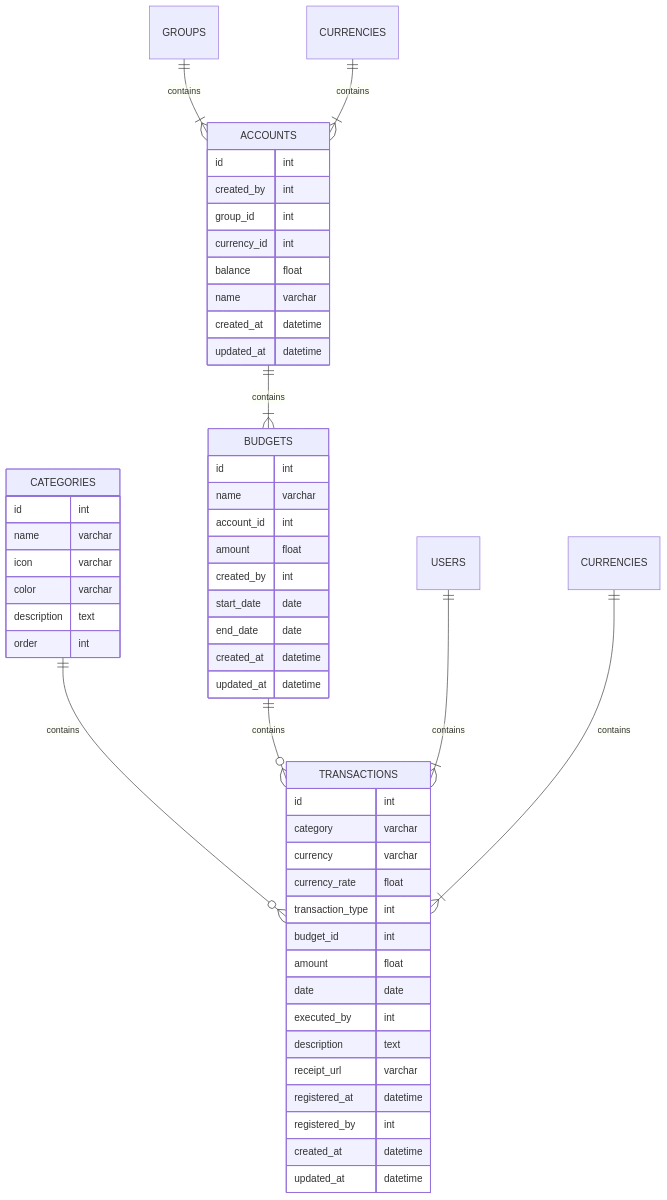
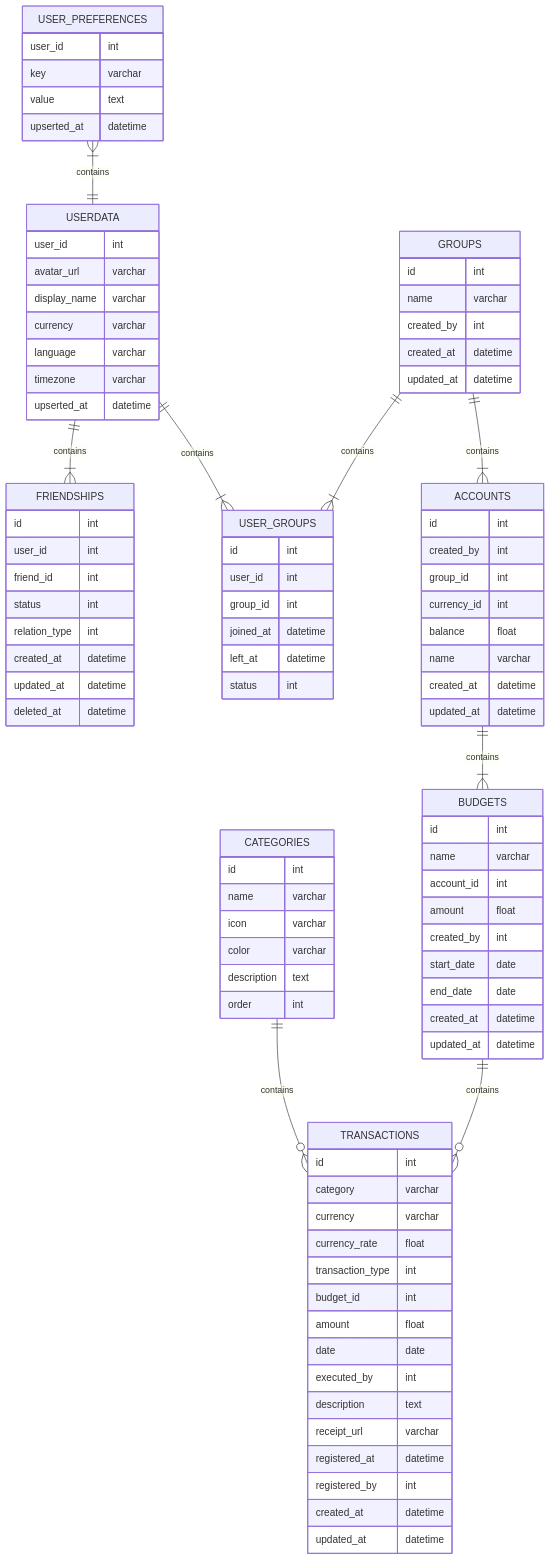
The second of 4 diagrams in docs/SCHEMA.md (prulloac/fineasy), drawn with Mermaid before and after one commit. The commit also changed 67 other files, not shown here.

````diff
--- a/docs/SCHEMA.md
+++ b/docs/SCHEMA.md
@@ -137,6 +95,34 @@
 ```mermaid
 
 erDiagram
+    FRIENDSHIPS {
+        id int
+        user_id int
+        friend_id int
+        status int
+        relation_type int
+        created_at datetime
+        updated_at datetime
+        deleted_at datetime
+    }
+
+    GROUPS {
+        id int
+        name varchar
+        created_by int
+        created_at datetime
+        updated_at datetime
+    }
+
+    USER_GROUPS {
+        id int
+        user_id int
+        group_id int
+        joined_at datetime
+        left_at datetime
+        status int
+    }
+
     ACCOUNTS {
         id int
         created_by int
@@ -187,15 +173,31 @@
         order int
     }
 
-    c1[CURRENCIES]
-    c2[CURRENCIES]
+    USER_PREFERENCES {
+        user_id int
+        key varchar
+        value text
+        upserted_at datetime
+    }
+
+    USERDATA {
+        user_id int
+        avatar_url varchar
+        display_name varchar
+        currency varchar
+        language varchar
+        timezone varchar
+        upserted_at datetime
+    }
 
     ACCOUNTS ||--|{ BUDGETS : contains
     CATEGORIES ||--o{ TRANSACTIONS : contains
     BUDGETS ||--o{ TRANSACTIONS : contains
-    USERS ||--|{ TRANSACTIONS : contains
     GROUPS ||--|{ ACCOUNTS : contains
-    c1 ||--|{ ACCOUNTS : contains
-    c2 ||--|{ TRANSACTIONS : contains
+    USERDATA ||--|{ FRIENDSHIPS : contains
+    USERDATA ||--|{ USER_GROUPS : contains
+    GROUPS ||--|{ USER_GROUPS : contains
+    USER_PREFERENCES }|--|| USERDATA : contains
+    
 
 ```
````
